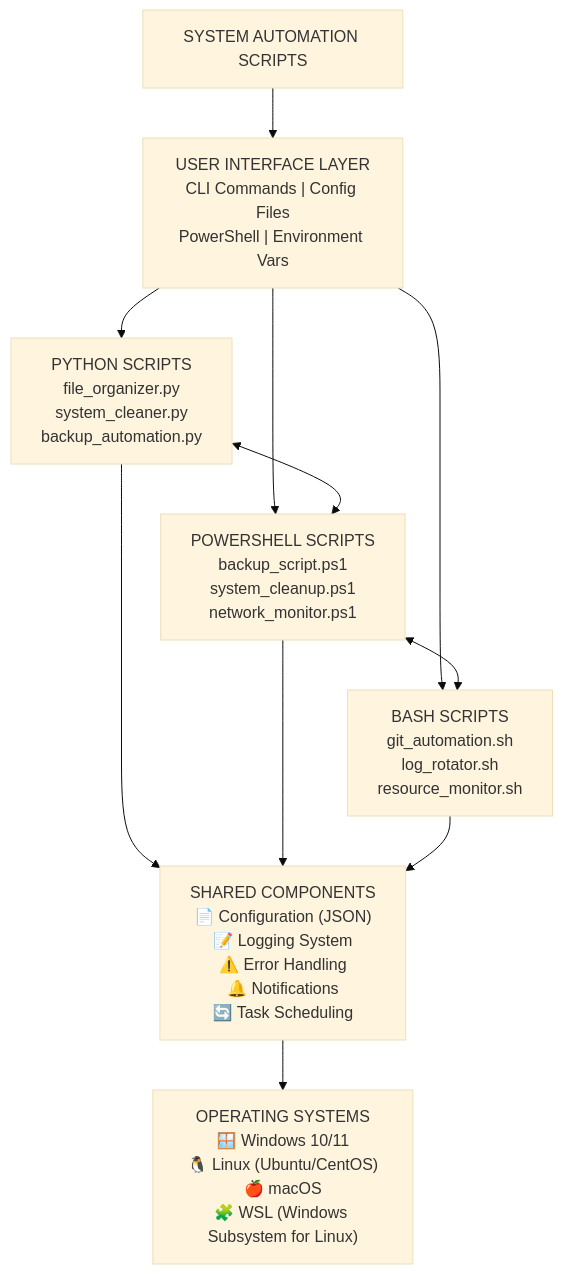
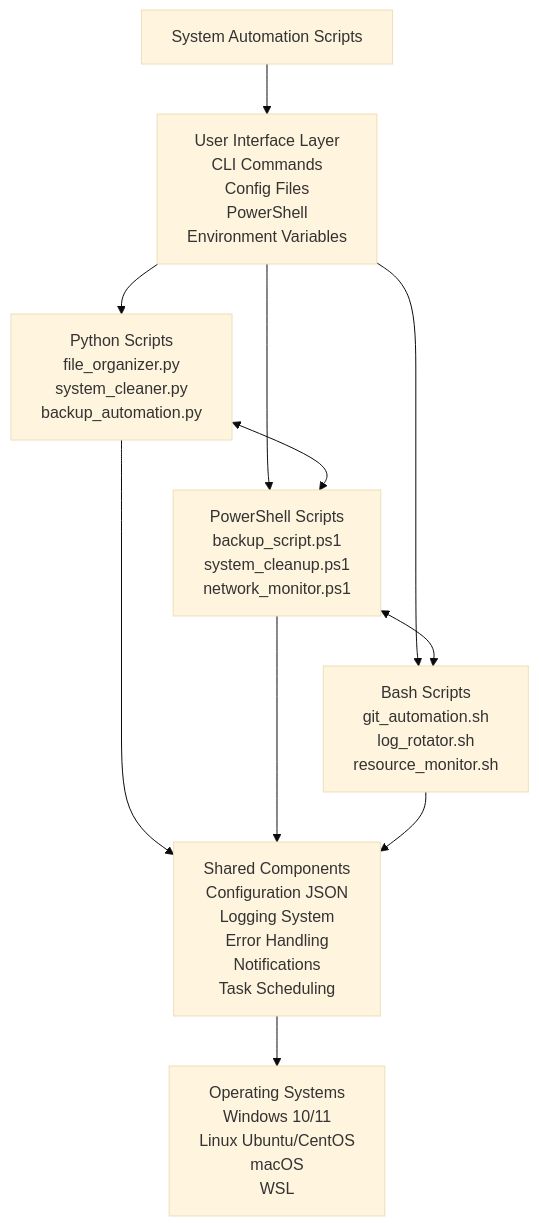
One commit to dianadesiree/system-automation-scripts changed the diagram in README.md. Above: the diagram before and after it, drawn with Mermaid (base theme). The commit also changed other lines of this file, not shown here.

````diff
--- a/README.md
+++ b/README.md
@@ -45,28 +90,27 @@
 ```mermaid
-flowchart TB
-    A["SYSTEM AUTOMATION SCRIPTS"]
+flowchart TD
+    A[System Automation Scripts]
 
-    U["USER INTERFACE LAYER<br/>CLI Commands | Config Files<br/>PowerShell | Environment Vars"]
+    B[User Interface Layer<br/>CLI Commands<br/>Config Files<br/>PowerShell<br/>Environment Variables]
+    A --> B
 
-    P["PYTHON SCRIPTS<br/>file_organizer.py<br/>system_cleaner.py<br/>backup_automation.py"]
-    PS["POWERSHELL SCRIPTS<br/>backup_script.ps1<br/>system_cleanup.ps1<br/>network_monitor.ps1"]
-    B["BASH SCRIPTS<br/>git_automation.sh<br/>log_rotator.sh<br/>resource_monitor.sh"]
+    C[Python Scripts<br/>file_organizer.py<br/>system_cleaner.py<br/>backup_automation.py]
+    D[PowerShell Scripts<br/>backup_script.ps1<br/>system_cleanup.ps1<br/>network_monitor.ps1]
+    E[Bash Scripts<br/>git_automation.sh<br/>log_rotator.sh<br/>resource_monitor.sh]
 
-    S["SHARED COMPONENTS<br/>📄 Configuration (JSON)<br/>📝 Logging System<br/>⚠️ Error Handling<br/>🔔 Notifications<br/>🔄 Task Scheduling"]
+    B --> C
+    B --> D
+    B --> E
 
-    O["OPERATING SYSTEMS<br/>🪟 Windows 10/11<br/>🐧 Linux (Ubuntu/CentOS)<br/>🍎 macOS<br/>🧩 WSL (Windows Subsystem for Linux)"]
+    C <--> D
+    D <--> E
 
-    A --> U
-    U --> P
-    U --> PS
-    U --> B
+    F[Shared Components<br/>Configuration JSON<br/>Logging System<br/>Error Handling<br/>Notifications<br/>Task Scheduling]
 
-    P <--> PS
-    PS <--> B
+    C --> F
+    D --> F
+    E --> F
 
-    P --> S
-    PS --> S
-    B --> S
-
-    S --> O
+    G[Operating Systems<br/>Windows 10/11<br/>Linux Ubuntu/CentOS<br/>macOS<br/>WSL]
+    F --> G
 ```
````
